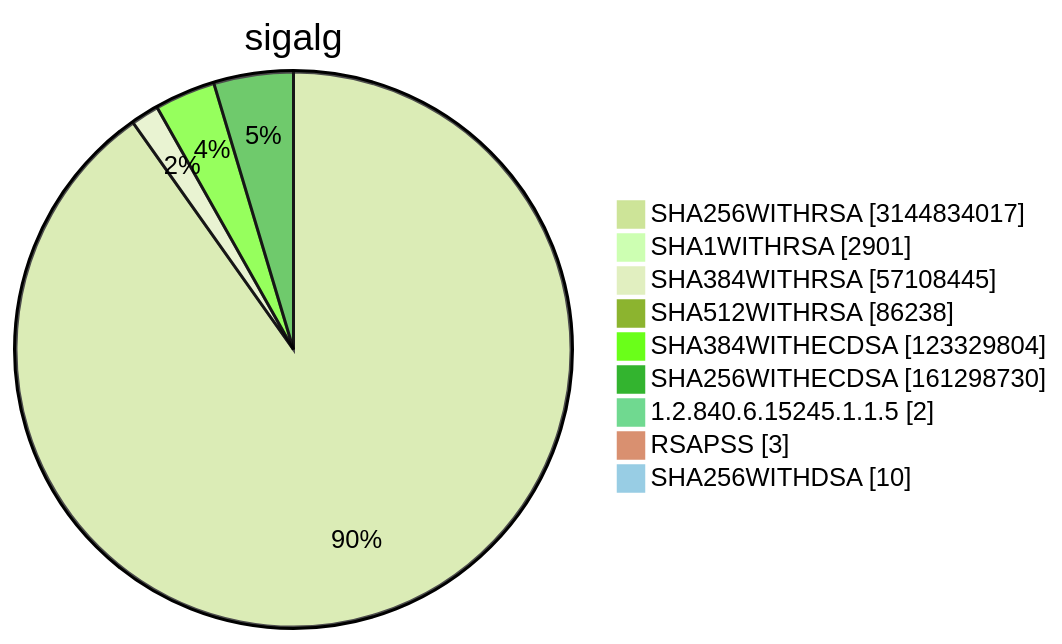
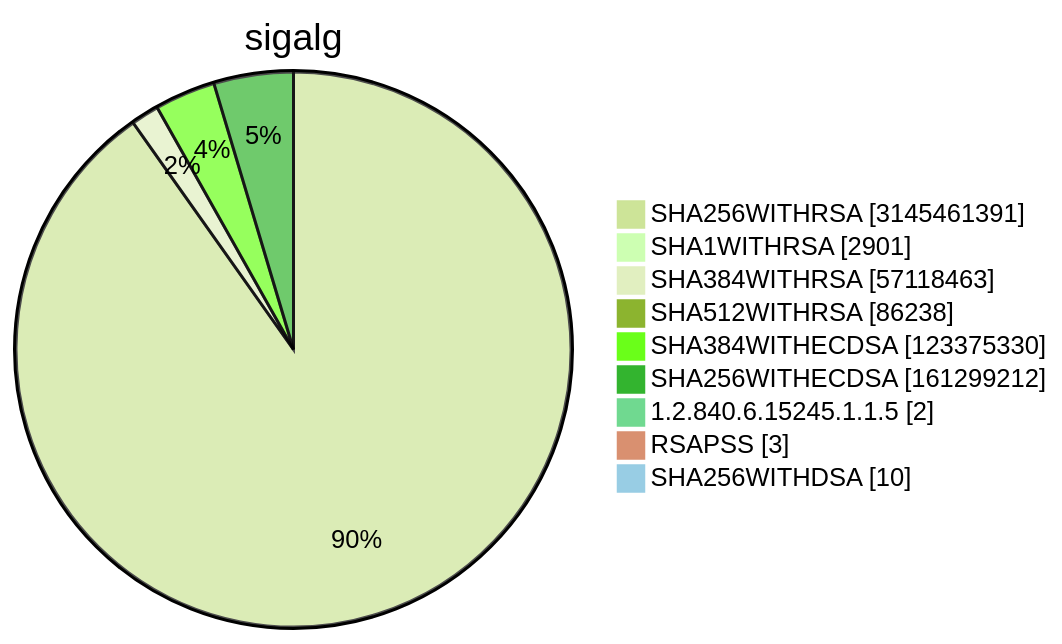
Diagram 15 of 15 in TOTAL/README.md (christiankrug/ctmonitor_visualization), drawn with Mermaid (forest theme) before and after one commit. The commit also changed other lines of this file, not shown here.

````diff
--- a/TOTAL/README.md
+++ b/TOTAL/README.md
@@ -6213,13 +6213,13 @@
 ```mermaid
 pie showData
 title sigalg
-"SHA256WITHRSA" :3144834017
+"SHA256WITHRSA" :3145461391
 "SHA1WITHRSA" :2901
-"SHA384WITHRSA" :57108445
+"SHA384WITHRSA" :57118463
 "SHA512WITHRSA" :86238
-"SHA384WITHECDSA" :123329804
-"SHA256WITHECDSA" :161298730
+"SHA384WITHECDSA" :123375330
+"SHA256WITHECDSA" :161299212
 "1.2.840.6.15245.1.1.5" :2
 "RSAPSS" :3
 "SHA256WITHDSA" :10
 ```
````
